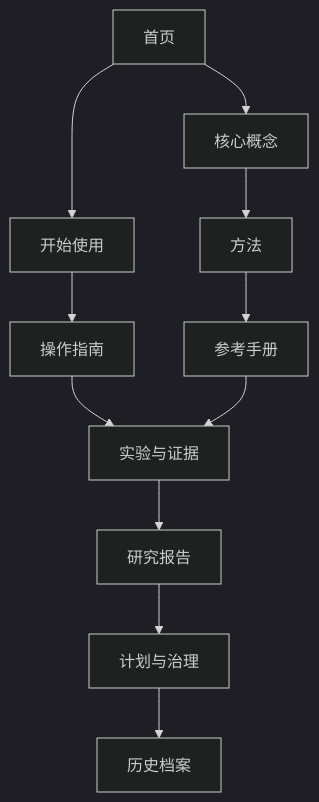
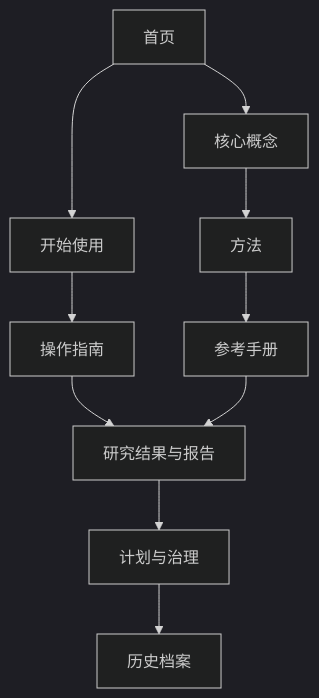
Before and after one commit to fangtoast/phc2d: the diagram in docs/README.md, drawn with Mermaid (dark theme). The commit also changed other lines of this file and 18 other files, not shown here.

````diff
--- a/docs/README.md
+++ b/docs/README.md
@@ -41,13 +41,12 @@
 ```mermaid
 flowchart TD
     H["首页"] --> S["开始使用"]
     H --> C["核心概念"]
     C --> M["方法"]
     S --> G["操作指南"]
     M --> R["参考手册"]
-    G --> E["实验与证据"]
+    G --> E["研究结果与报告"]
     R --> E
-    E --> P["研究报告"]
-    P --> V["计划与治理"]
+    E --> V["计划与治理"]
     V --> A["历史档案"]
 ```
````
